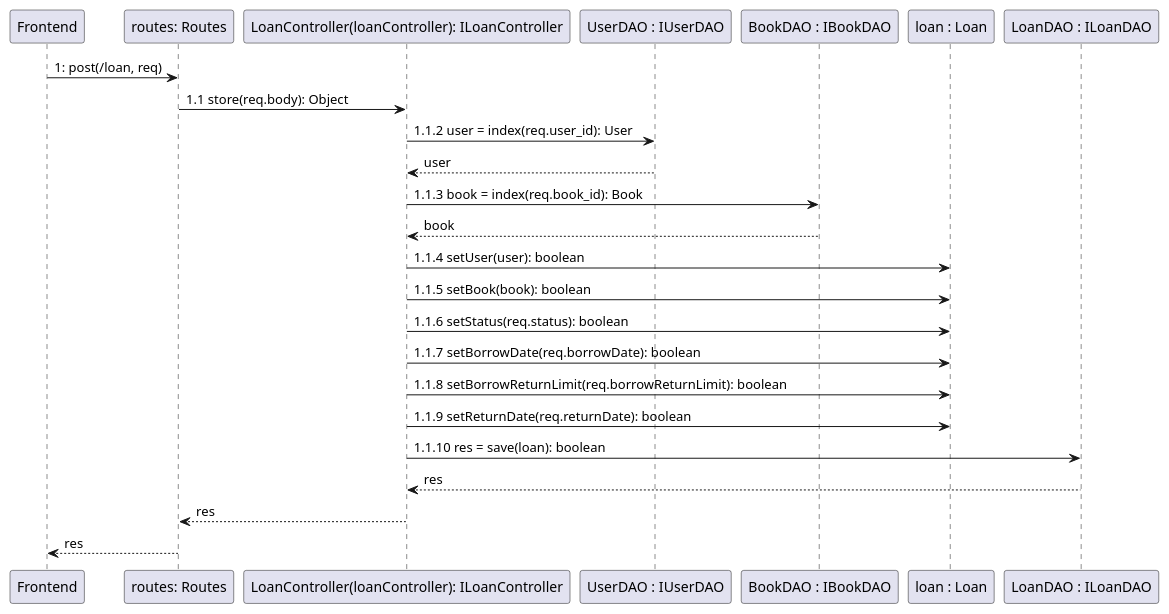
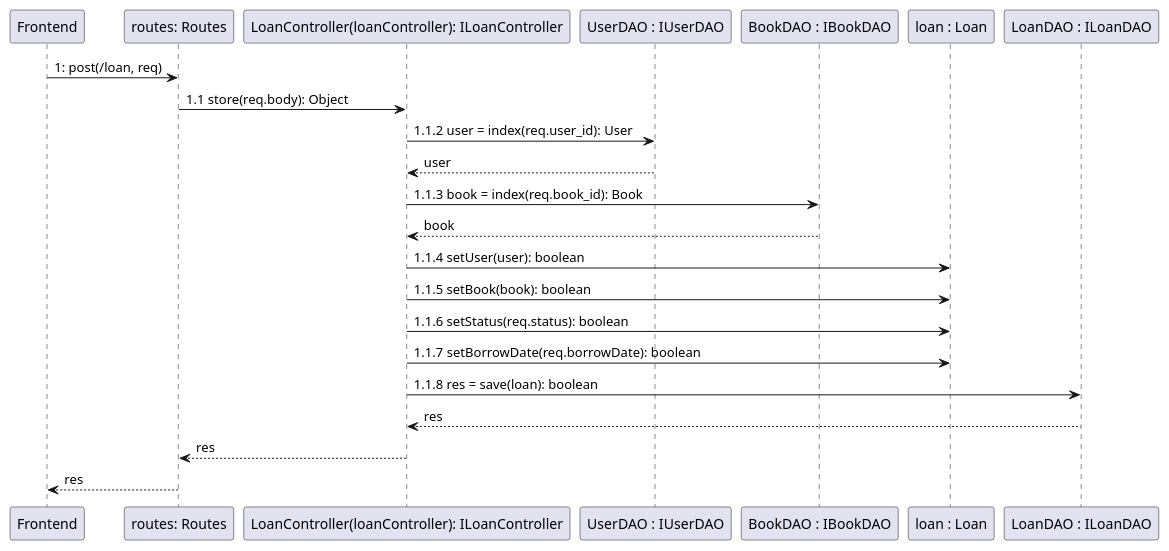
One commit to GustavoCunhaLacerda/projeto-es2 changed the diagram in project/Diagramas de Seq/loan/create.plantuml. Above: the diagram before and after it, drawn with PlantUML. The commit also changed 1856 other files, not shown here.

```diff
--- a/project/Diagramas de Seq/loan/create.plantuml
+++ b/project/Diagramas de Seq/loan/create.plantuml
@@ -1,35 +1,33 @@
 @startuml es2
 skinparam class {
     BackgroundColor Snow
     BorderColor Black
 }
 
 Frontend -> "routes: Routes" : 1: post(/loan, req)
 
 
 "routes: Routes" -> "LoanController(loanController): ILoanController" : 1.1 store(req.body): Object
 
 "LoanController(loanController): ILoanController" -> "UserDAO : IUserDAO" : 1.1.2 user = index(req.user_id): User
 "LoanController(loanController): ILoanController" <-- "UserDAO : IUserDAO" : user
 
 "LoanController(loanController): ILoanController" -> "BookDAO : IBookDAO" : 1.1.3 book = index(req.book_id): Book
 "LoanController(loanController): ILoanController" <-- "BookDAO : IBookDAO" : book
 
 
 "LoanController(loanController): ILoanController" -> "loan : Loan" : 1.1.4 setUser(user): boolean
 "LoanController(loanController): ILoanController" -> "loan : Loan" : 1.1.5 setBook(book): boolean
 "LoanController(loanController): ILoanController" -> "loan : Loan" : 1.1.6 setStatus(req.status): boolean
 "LoanController(loanController): ILoanController" -> "loan : Loan" : 1.1.7 setBorrowDate(req.borrowDate): boolean
-"LoanController(loanController): ILoanController" -> "loan : Loan" : 1.1.8 setBorrowReturnLimit(req.borrowReturnLimit): boolean
-"LoanController(loanController): ILoanController" -> "loan : Loan" : 1.1.9 setReturnDate(req.returnDate): boolean
 
 
-"LoanController(loanController): ILoanController" -> "LoanDAO : ILoanDAO" : 1.1.10 res = save(loan): boolean
+"LoanController(loanController): ILoanController" -> "LoanDAO : ILoanDAO" : 1.1.8 res = save(loan): boolean
 "LoanController(loanController): ILoanController" <-- "LoanDAO : ILoanDAO" : res
 
 "routes: Routes" <-- "LoanController(loanController): ILoanController" : res
 
 
 "routes: Routes" --> Frontend : res
 
 @enduml
```
